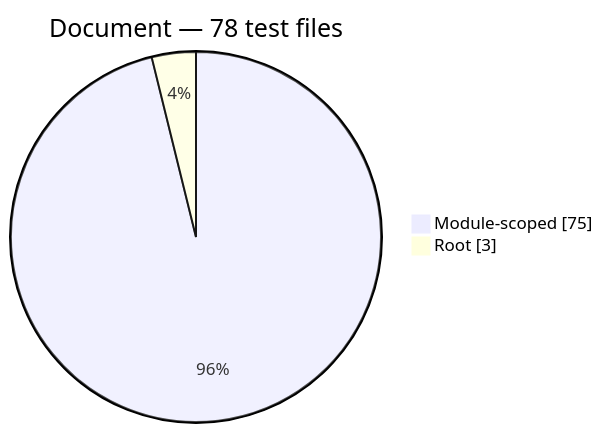
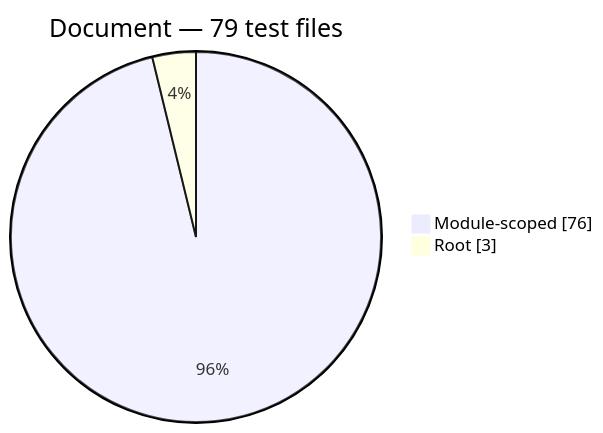
Before and after one commit to Mohammed-Alama/php-arazzo: the fourth of 12 diagrams in docs/generated/test-composition.md, drawn with Mermaid. The commit also changed other lines of this file and 15 other files, not shown here.

````diff
--- a/docs/generated/test-composition.md
+++ b/docs/generated/test-composition.md
@@ -60,6 +60,6 @@
 ```mermaid
 pie showData
-    title Document — 78 test files
-    "Module-scoped": 75
+    title Document — 79 test files
+    "Module-scoped": 76
     "Root": 3
 ```
````
